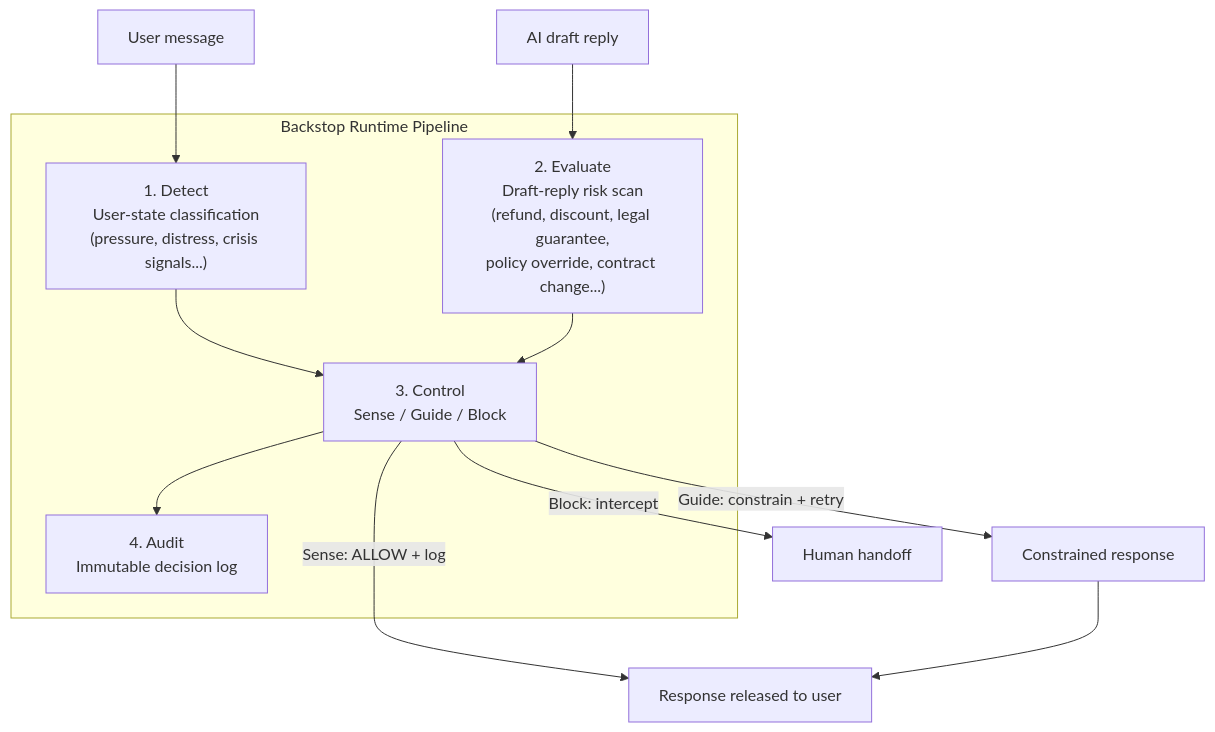
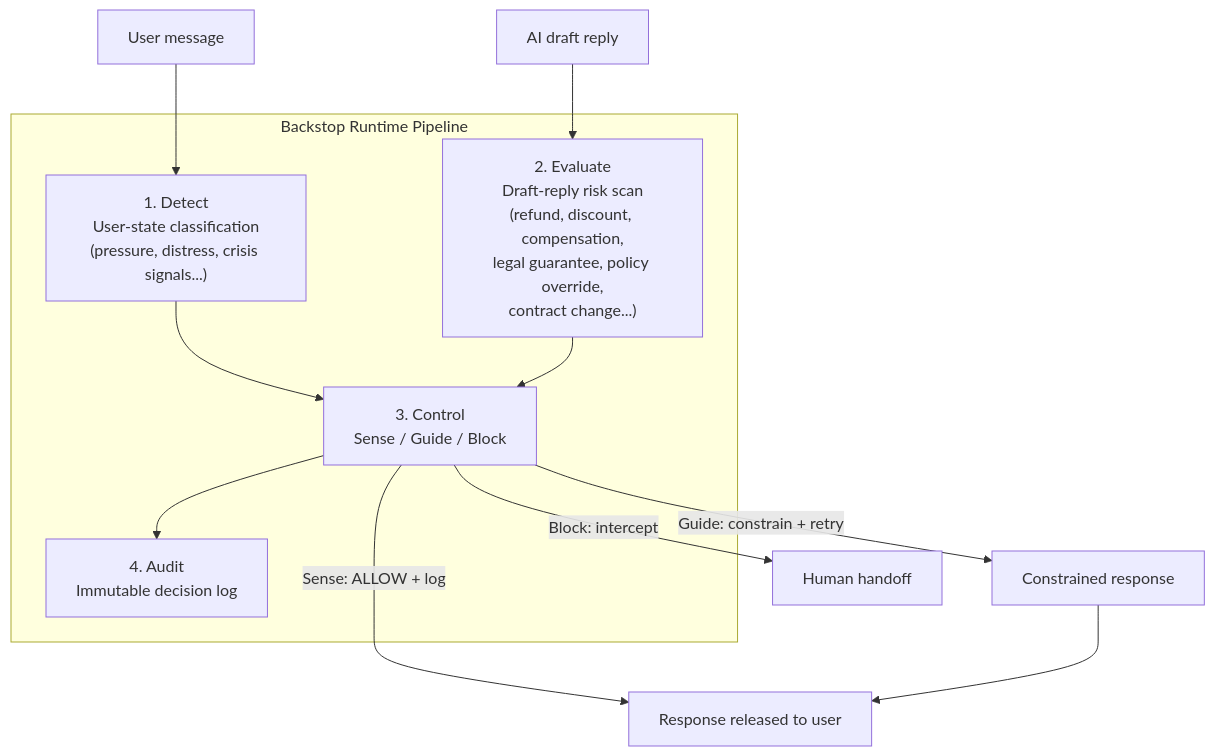
Before and after one commit to Rin-Nomia/backstop: the diagram in ARCHITECTURE.md, drawn with Mermaid.

Commit message:
Update risk scan terminology in architecture document

````diff
--- a/ARCHITECTURE.md
+++ b/ARCHITECTURE.md
@@ -21,20 +21,20 @@
 ```mermaid
 flowchart TD
     U["User message"] --> D
     A["AI draft reply"] --> E
 
     subgraph Pipeline["Backstop Runtime Pipeline"]
         D["1. Detect<br/>User-state classification<br/>(pressure, distress, crisis signals...)"]
-        E["2. Evaluate<br/>Draft-reply risk scan<br/>(refund, discount, legal guarantee,<br/>policy override, contract change...)"]
+        E["2. Evaluate<br/>Draft-reply risk scan<br/>(refund, discount, compensation,<br/>legal guarantee, policy override,<br/>contract change...)"]
         C["3. Control<br/>Sense / Guide / Block"]
         AU["4. Audit<br/>Immutable decision log"]
         D --> C
         E --> C
         C --> AU
     end
 
     C -->|"Sense: ALLOW + log"| OUT["Response released to user"]
     C -->|"Guide: constrain + retry"| G["Constrained response"]
     G --> OUT
     C -->|"Block: intercept"| H["Human handoff"]
 ```
````
